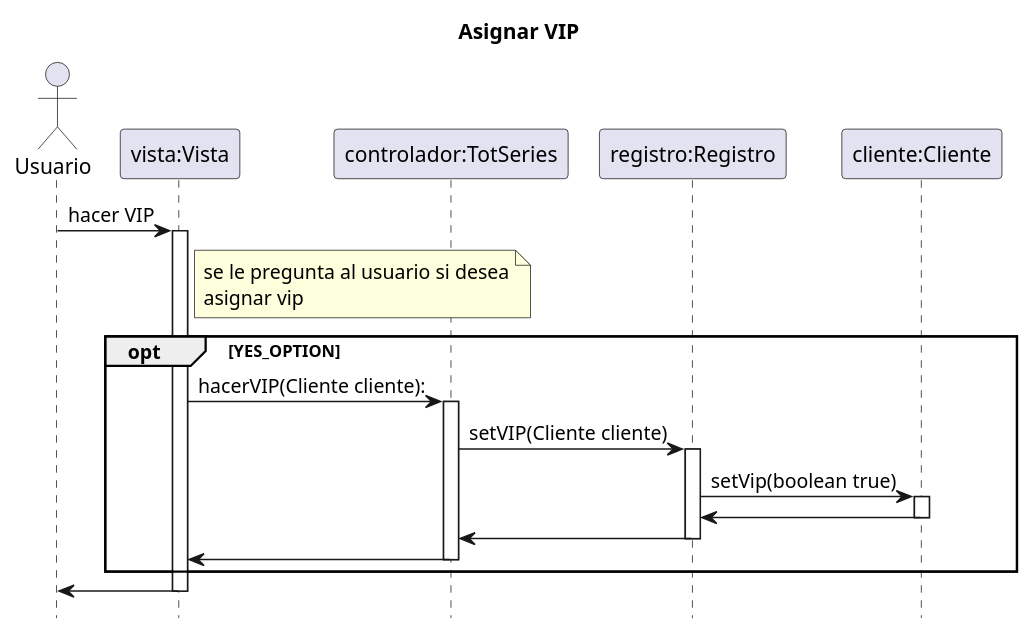
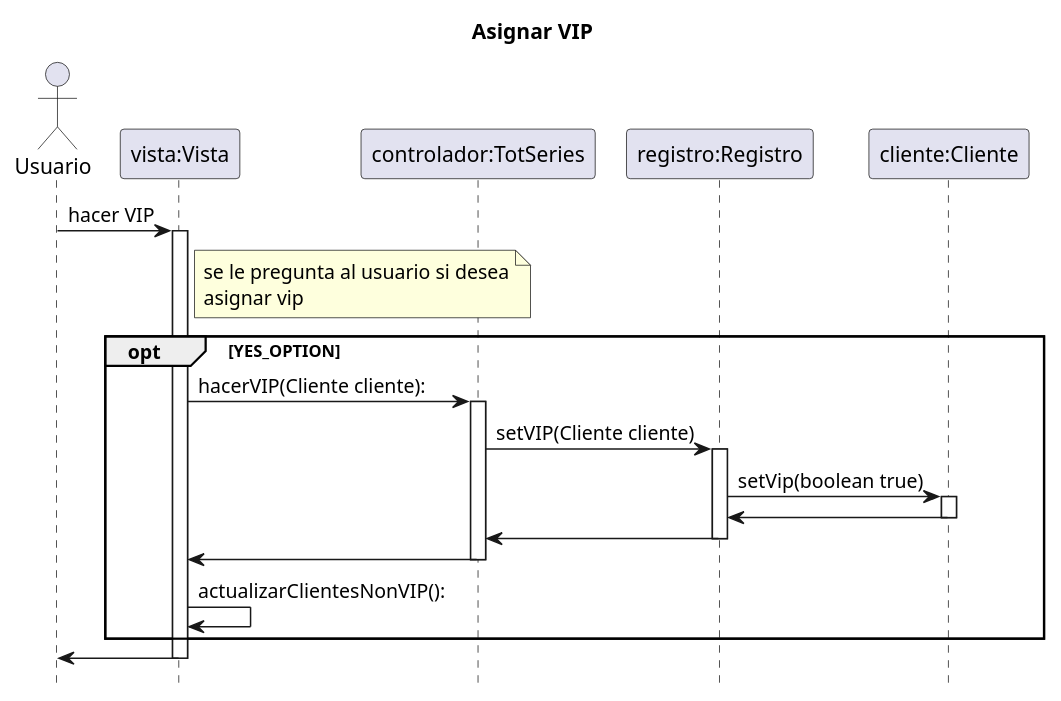
The diagram in src/totseries/Uml/Secuencia/Diagrama de secuencia AsignarVIP.puml (MrViciao/TotSeries), drawn with PlantUML before and after one commit. The commit also changed 5 other files, not shown here.

Commit message:
actualizacion de los diagramas

```diff
--- a/src/totseries/Uml/Secuencia/Diagrama de secuencia AsignarVIP.puml
+++ b/src/totseries/Uml/Secuencia/Diagrama de secuencia AsignarVIP.puml
@@ -1,34 +1,35 @@
 @startuml
 title		Asignar VIP
 hide	footbox
 
 actor	Usuario as usuario
 participant "vista:Vista" as vista
 participant "controlador:TotSeries" as totseries
 participant "registro:Registro" as registro
 participant "cliente:Cliente" as cliente
 
 usuario -> vista : hacer VIP
 activate vista
 
 note right vista
     se le pregunta al usuario si desea
     asignar vip
 end note
 opt YES_OPTION
     vista -> totseries : hacerVIP(Cliente cliente):
     activate totseries
     totseries -> registro : setVIP(Cliente cliente)
     activate registro
     registro -> cliente :setVip(boolean true)
     activate cliente
     cliente -> registro
     deactivate cliente
     registro ->totseries
     deactivate registro
     totseries -> vista
     deactivate totseries
+    vista -> vista : actualizarClientesNonVIP():
 end opt
 vista -> usuario
 deactivate vista
 @enduml
```
